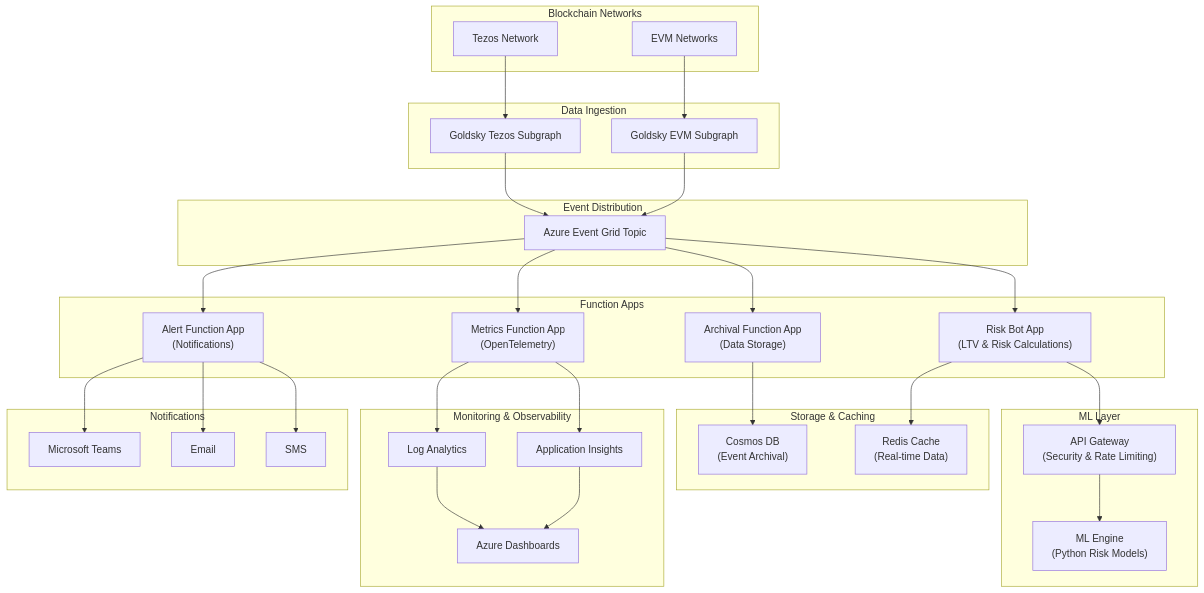
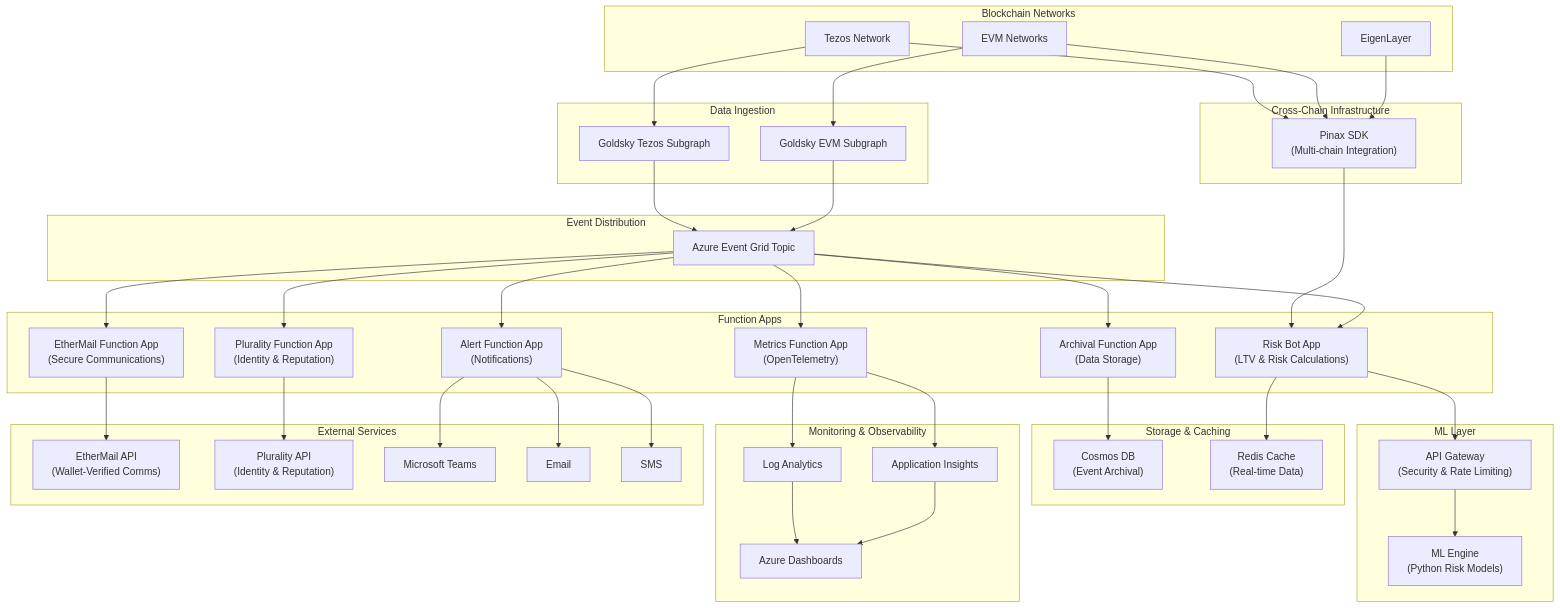
The diagram in README.md (VeritasVault-ai/vv-chain-services), drawn with Mermaid before and after one commit. The commit also changed other lines of this file, not shown here.

```diff
--- a/README.md
+++ b/README.md
@@ -32,11 +33,16 @@
   subgraph "Blockchain Networks"
     Tezos["Tezos Network"]
     EVM["EVM Networks"]
+    EigenLayer["EigenLayer"]
   end
 
   subgraph "Data Ingestion"
     GoldskyTezos["Goldsky Tezos Subgraph"]
     GoldskyEVM["Goldsky EVM Subgraph"]
+  end
+
+  subgraph "Cross-Chain Infrastructure"
+    PinaxSDK["Pinax SDK\n(Multi-chain Integration)"]
   end
 
   subgraph "Event Distribution"
@@ -48,6 +54,8 @@
     MetricsBot["Metrics Function App\n(OpenTelemetry)"]
     AlertBot["Alert Function App\n(Notifications)"]
     ArchivalBot["Archival Function App\n(Data Storage)"]
+    EtherMailBot["EtherMail Function App\n(Secure Communications)"]
+    PluralityBot["Plurality Function App\n(Identity & Reputation)"]
   end
 
   subgraph "ML Layer"
@@ -66,7 +74,9 @@
     Dashboards["Azure Dashboards"]
   end
 
-  subgraph "Notifications"
+  subgraph "External Services"
+    EtherMailAPI["EtherMail API\n(Wallet-Verified Comms)"]
+    PluralityAPI["Plurality API\n(Identity & Reputation)"]
     Teams["Microsoft Teams"]
     Email["Email"]
     SMS["SMS"]
@@ -77,10 +87,17 @@
   GoldskyTezos --> EventGrid
   GoldskyEVM --> EventGrid
   
+  Tezos --> PinaxSDK
+  EVM --> PinaxSDK
+  EigenLayer --> PinaxSDK
+  PinaxSDK --> RiskBot
+  
   EventGrid --> RiskBot
   EventGrid --> MetricsBot
   EventGrid --> AlertBot
   EventGrid --> ArchivalBot
+  EventGrid --> EtherMailBot
+  EventGrid --> PluralityBot
   
   RiskBot --> APIGateway
   APIGateway --> MLEngine
@@ -93,6 +110,9 @@
   AlertBot --> Email
   AlertBot --> SMS
   
+  EtherMailBot --> EtherMailAPI
+  PluralityBot --> PluralityAPI
+  
   ArchivalBot --> CosmosDB
   
   LogAnalytics --> Dashboards
```
